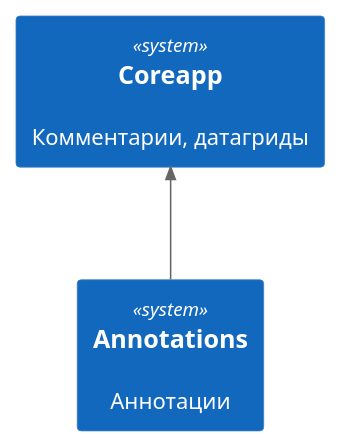
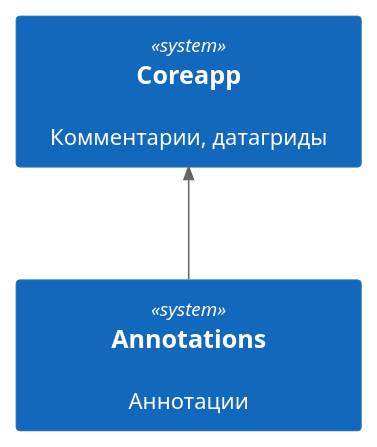
Before and after one commit to lulya31/some: the diagram in static/05_01_01_02_img/annotations.puml, drawn with PlantUML. The commit also changed 103 other files, not shown here.

```diff
--- a/static/05_01_01_02_img/annotations.puml
+++ b/static/05_01_01_02_img/annotations.puml
@@ -4,34 +4,19 @@
 @startuml
 
 '!include https://raw.githubusercontent.com/plantuml-stdlib/C4-PlantUML/master/C4_Context.puml
 
-' uncomment the following line and comment the first to use locally
-' !include C4_Context.puml
-
 !include static/includes/c4_context.puml
 !include static/includes/c4_container.puml
 
-'left to right direction
-
 'skinparam svgLinkTarget _blank
 skinparam backgroundcolor transparent
-
-<style>
-System {
-    MinimumWidth 300
-    MinimumHeight 150
-}
-</style>
+skinparam minClassWidth 200
 
 LAYOUT_TOP_DOWN()
-
-'LAYOUT_AS_SKETCH()
-'LAYOUT_WITH_LEGEND()
-'LAYOUT_LANDSCAPE()
 
 System(coreapp, "Coreapp", "Комментарии, датагриды", $link="/05_c4/01_core/01_coreapp/")
 System(annotations, "Annotations", "Аннотации")
 
 Rel_U(annotations, coreapp, "")
 
 @enduml
```
